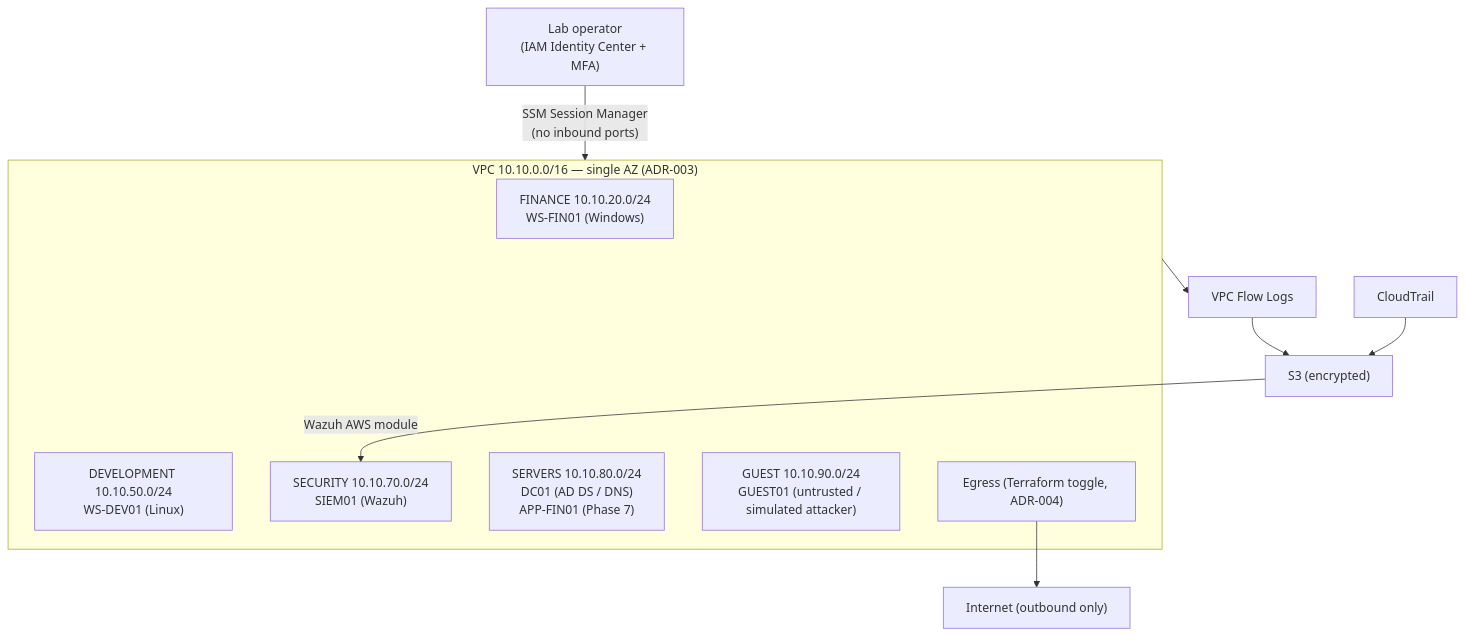
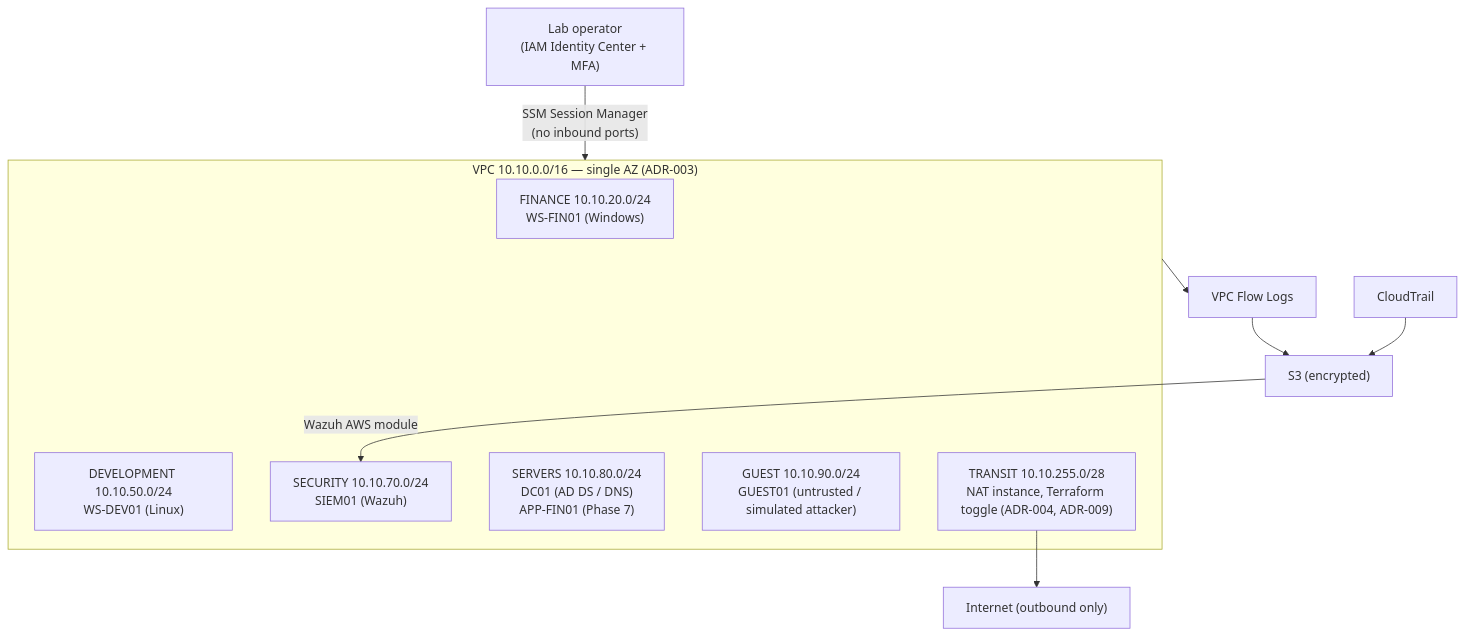
One commit to amancio-g08/moretti-group-security-lab changed the second of 3 diagrams in docs/architecture.md. Above: the diagram before and after it, drawn with Mermaid. The commit also changed other lines of this file and 39 other files, not shown here.

````diff
--- a/docs/architecture.md
+++ b/docs/architecture.md
@@ -136,18 +136,18 @@
 ```mermaid
 flowchart TB
     OP["Lab operator<br/>(IAM Identity Center + MFA)"] -->|"SSM Session Manager<br/>(no inbound ports)"| VPC
 
     subgraph VPC["VPC 10.10.0.0/16 — single AZ (ADR-003)"]
         FIN["FINANCE 10.10.20.0/24<br/>WS-FIN01 (Windows)"]
         DEV["DEVELOPMENT 10.10.50.0/24<br/>WS-DEV01 (Linux)"]
         SEC["SECURITY 10.10.70.0/24<br/>SIEM01 (Wazuh)"]
         SRV["SERVERS 10.10.80.0/24<br/>DC01 (AD DS / DNS)<br/>APP-FIN01 (Phase 7)"]
         GST["GUEST 10.10.90.0/24<br/>GUEST01 (untrusted / simulated attacker)"]
-        EG["Egress (Terraform toggle, ADR-004)"]
+        EG["TRANSIT 10.10.255.0/28<br/>NAT instance, Terraform toggle (ADR-004, ADR-009)"]
     end
 
     VPC --> FL["VPC Flow Logs"] --> S3["S3 (encrypted)"]
     CT["CloudTrail"] --> S3
     S3 -->|Wazuh AWS module| SEC
     EG --> NET["Internet (outbound only)"]
 ```
````
